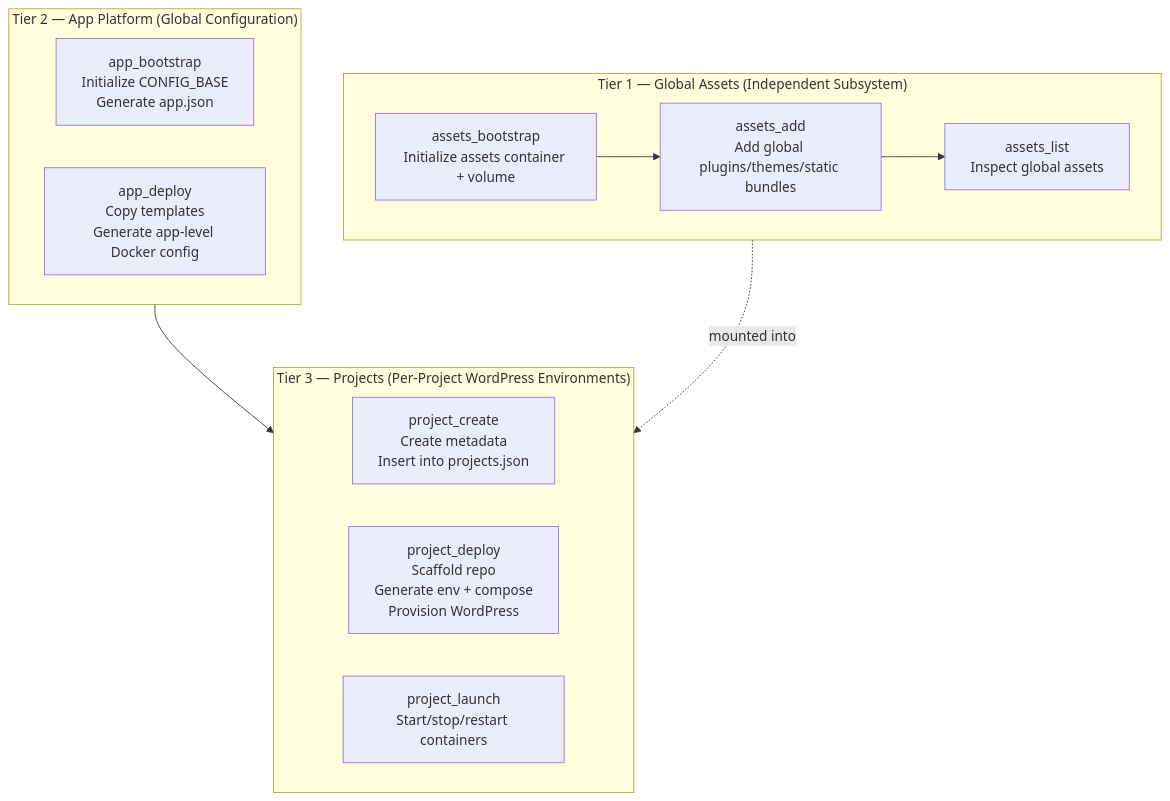
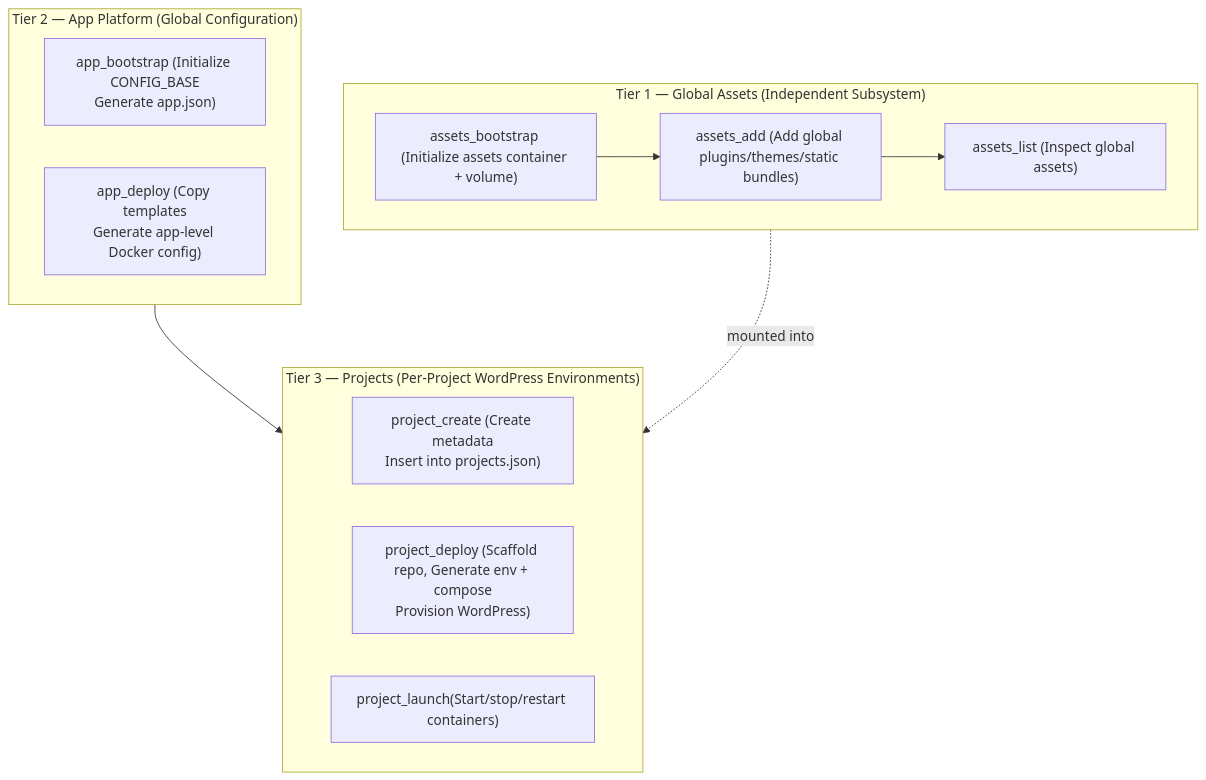
Before and after one commit to ccnicholls99/ptekwpdev: the first of 2 diagrams in doc/ptekwpdev.md, drawn with Mermaid.

Commit message:
Update asset and project descriptions in documentation

````diff
--- a/doc/ptekwpdev.md
+++ b/doc/ptekwpdev.md
@@ -52,41 +52,41 @@
 ```mermaid
 flowchart TB
 
 %% ============================
 %% TIER 1 — GLOBAL ASSETS
 %% ============================
 
 subgraph T1["Tier 1 — Global Assets (Independent Subsystem)"]
-A1["assets_bootstrap\nInitialize assets container + volume"]
-A2["assets_add\nAdd global plugins/themes/static bundles"]
-A3["assets_list\nInspect global assets"]
+A1["assets_bootstrap (Initialize assets container + volume)"]
+A2["assets_add (Add global plugins/themes/static bundles)"]
+A3["assets_list (Inspect global assets)"]
 end
 
 %% ============================
 %% TIER 2 — APP PLATFORM
 %% ============================
 
 subgraph T2["Tier 2 — App Platform (Global Configuration)"]
-B1["app_bootstrap\nInitialize CONFIG_BASE\nGenerate app.json"]
-B2["app_deploy\nCopy templates\nGenerate app-level Docker config"]
+B1["app_bootstrap (Initialize CONFIG_BASE\nGenerate app.json)"]
+B2["app_deploy (Copy templates\nGenerate app-level Docker config)"]
 end
 
 %% ============================
 %% TIER 3 — PROJECTS
 %% ============================
 
 subgraph T3["Tier 3 — Projects (Per-Project WordPress Environments)"]
-C1["project_create\nCreate metadata\nInsert into projects.json"]
-C2["project_deploy\nScaffold repo\nGenerate env + compose\nProvision WordPress"]
-C3["project_launch\nStart/stop/restart containers"]
+C1["project_create (Create metadata\nInsert into projects.json)"]
+C2["project_deploy (Scaffold repo, Generate env + compose\nProvision WordPress)"]
+C3["project_launch(Start/stop/restart containers)"]
 end
 
 %% ============================
 %% RELATIONSHIPS
 %% ============================
 
 A1 --> A2 --> A3
 
 T2 --> T3
 T1 -. "mounted into" .-> T3
 ```
````
